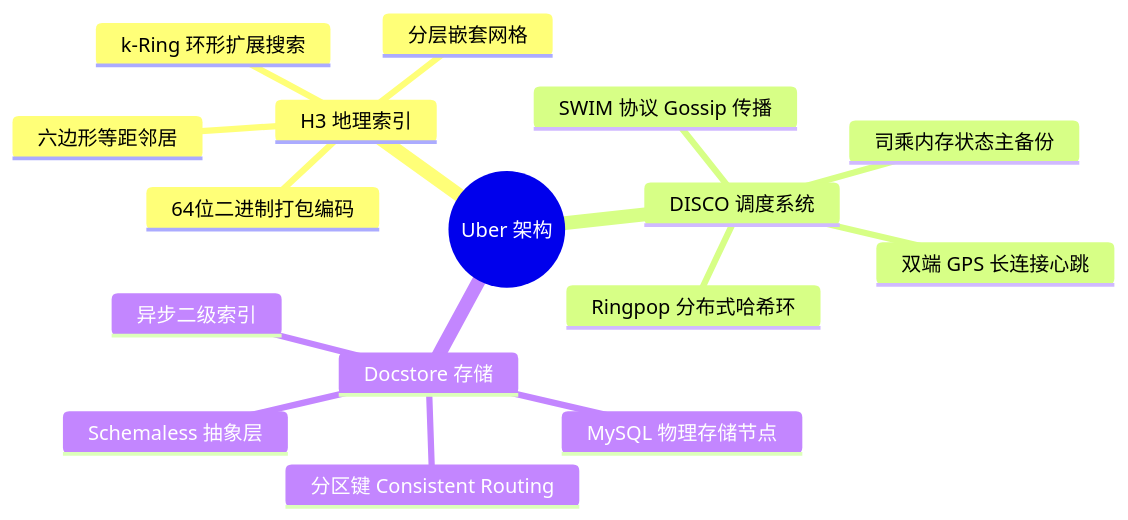
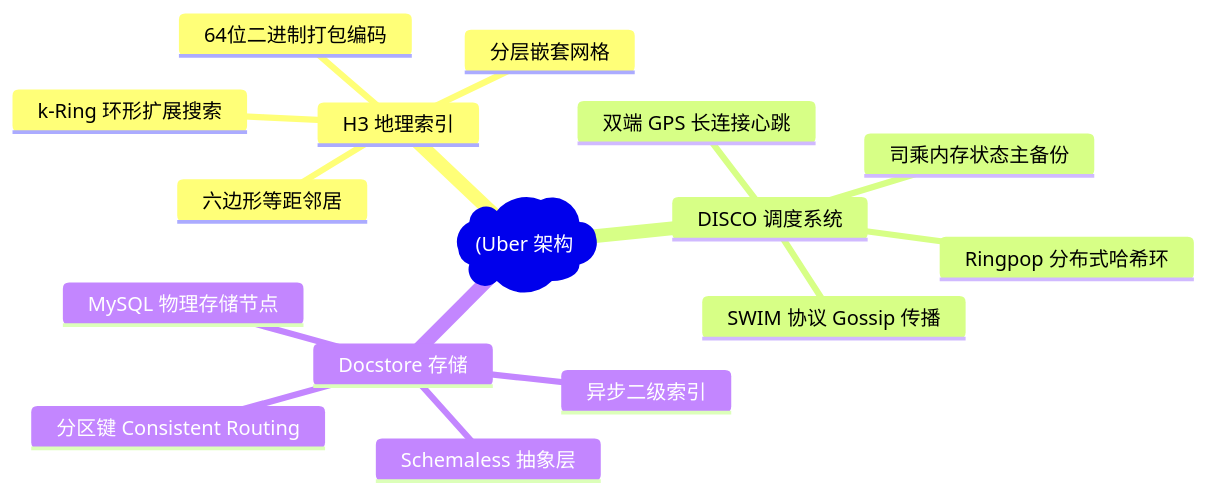
Before and after one commit to koosai/AI-Architect-Learning: the first of 8 diagrams in docs/atlas/uber.mdx, drawn with Mermaid. The commit also changed other lines of this file and 187 other files, not shown here.

Commit message:
fix(mermaid): fix all unquoted parens and edge label syntax errors across all docs

````diff
--- a/docs/atlas/uber.mdx
+++ b/docs/atlas/uber.mdx
@@ -82,19 +82,19 @@
 ```mermaid
 mindmap
-  root((Uber 架构))
+  root("(Uber 架构"))
     H3 地理索引
       六边形等距邻居
       分层嵌套网格
       64位二进制打包编码
       k-Ring 环形扩展搜索
     DISCO 调度系统
       Ringpop 分布式哈希环
       SWIM 协议 Gossip 传播
       双端 GPS 长连接心跳
       司乘内存状态主备份
     Docstore 存储
       Schemaless 抽象层
       MySQL 物理存储节点
       分区键 Consistent Routing
       异步二级索引
 ```
````
